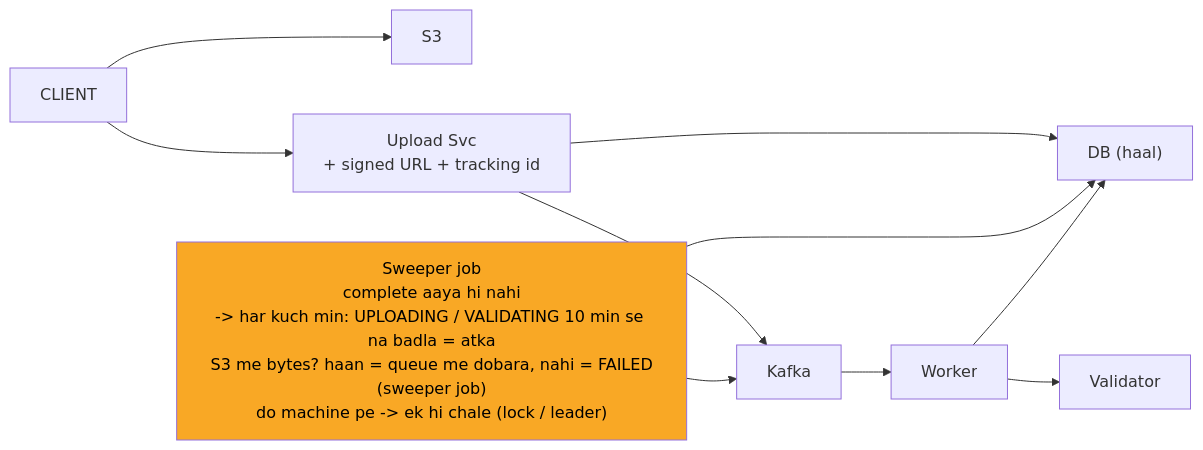
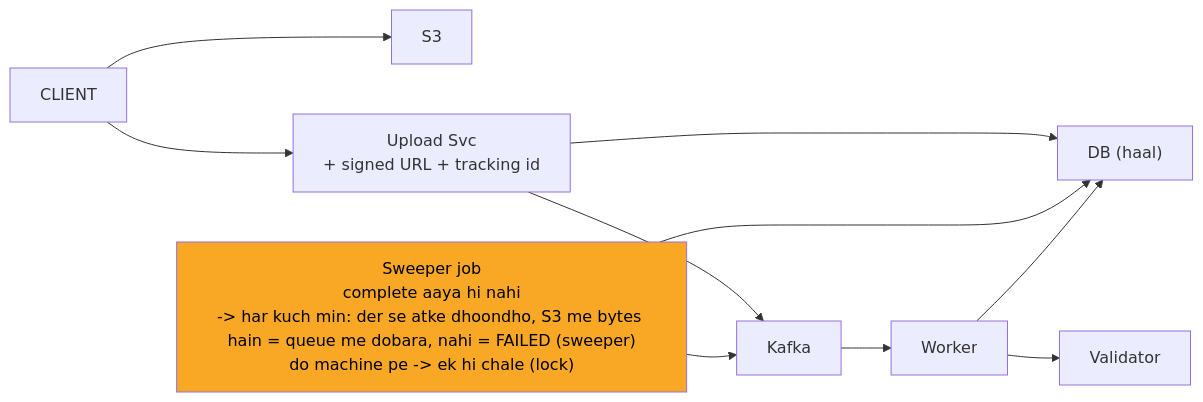
One commit to ArpanMaheshwari144/Prep changed the diagram in 04_HLD/SYSTEM_DESIGNS/07_file_upload_validate_system/img/c4.mmd. Above: the diagram before and after it, drawn with Mermaid. The commit also changed 38 other files, not shown here.

```diff
--- a/04_HLD/SYSTEM_DESIGNS/07_file_upload_validate_system/img/c4.mmd
+++ b/04_HLD/SYSTEM_DESIGNS/07_file_upload_validate_system/img/c4.mmd
@@ -1,20 +1,20 @@
 %%{init: {"flowchart": {"wrappingWidth": 450}}}%%
 flowchart LR
     n_CLIENT["CLIENT"]
     n_S3["S3"]
     n_Upload_Svc["Upload Svc<br/>+ signed URL + tracking id"]
     n_DB["DB (haal)"]
-    n_Sweeper_job["Sweeper job<br/>complete aaya hi nahi<br/>-> har kuch min: UPLOADING / VALIDATING 10 min se na badla = atka<br/>S3 me bytes? haan = queue me dobara, nahi = FAILED<br/>(sweeper job)<br/>do machine pe -> ek hi chale (lock / leader)"]
+    n_Sweeper_job["Sweeper job<br/>complete aaya hi nahi<br/>-> har kuch min: der se atke dhoondho, S3 me bytes hain = queue me dobara, nahi = FAILED (sweeper)<br/>do machine pe -> ek hi chale (lock)"]
     n_Kafka["Kafka"]
     n_Worker["Worker"]
     n_Validator["Validator"]
     n_CLIENT --> n_S3
     n_CLIENT --> n_Upload_Svc
     n_Upload_Svc --> n_DB
     n_Upload_Svc --> n_Kafka
     n_Sweeper_job --> n_DB
     n_Sweeper_job --> n_Kafka
     n_Kafka --> n_Worker
     n_Worker --> n_Validator
     n_Worker --> n_DB
     style n_Sweeper_job fill:#f9a825,color:#000
```
